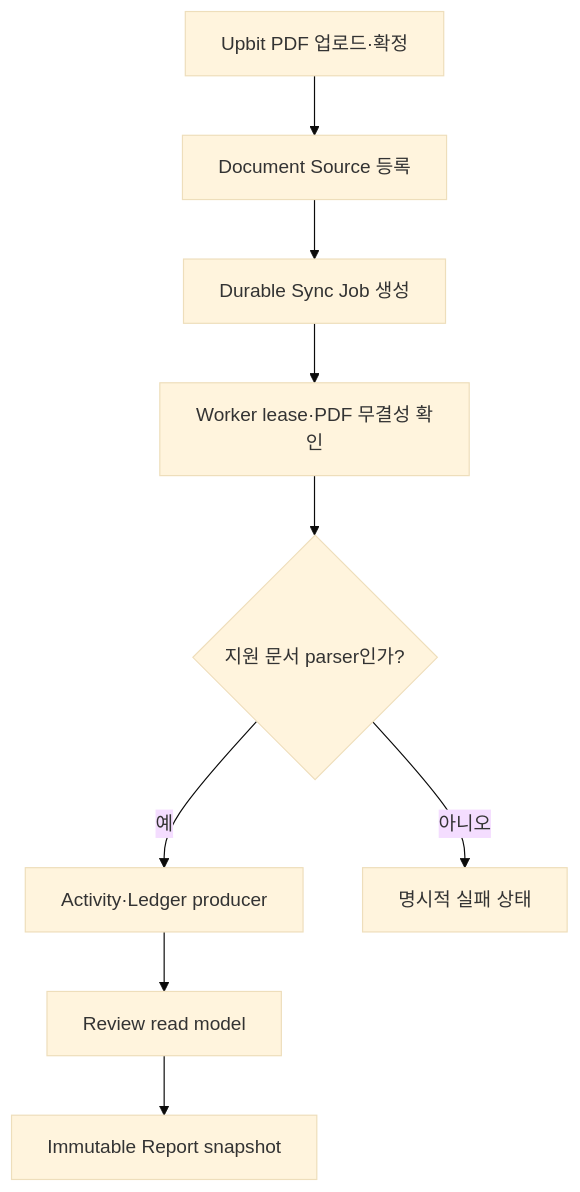
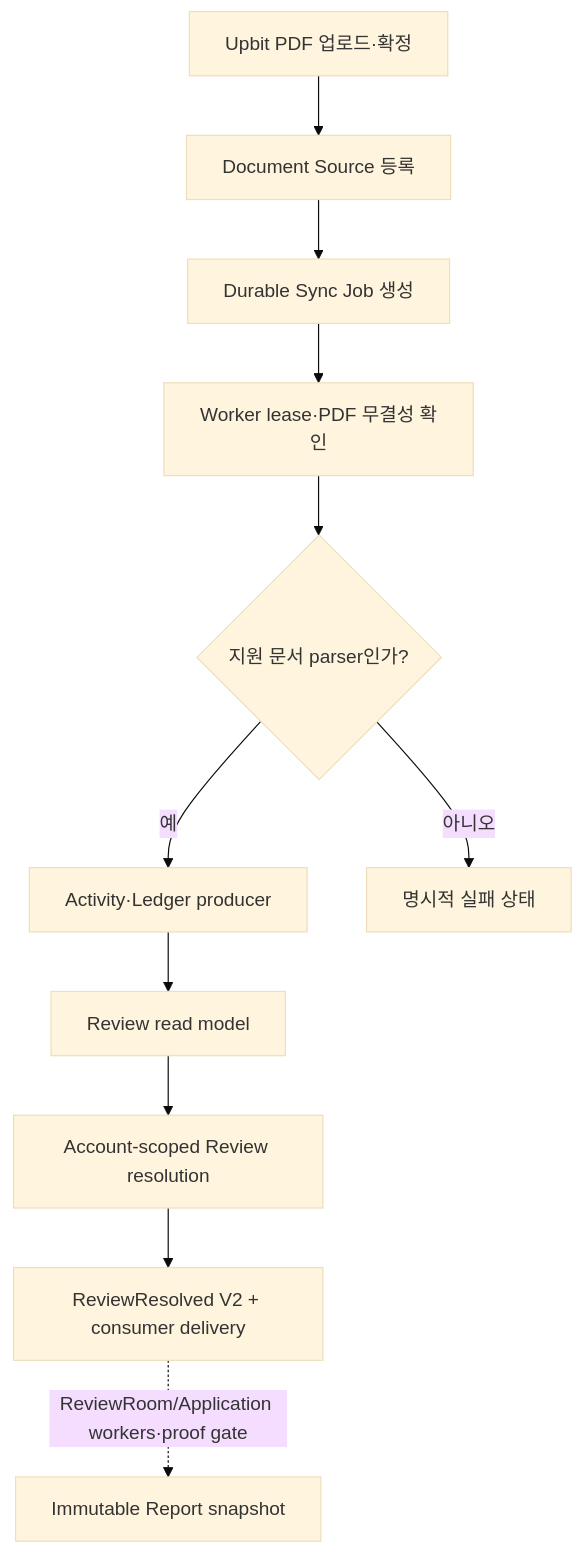
Before and after one commit to BackwardLabs/daejang: the diagram in docs/engine-integration-roadmap.md, drawn with Mermaid (base theme). The commit also changed other lines of this file and 30 other files, not shown here.

Commit message:
feat: add durable account-scoped review resolution

````diff
--- a/docs/engine-integration-roadmap.md
+++ b/docs/engine-integration-roadmap.md
@@ -27,11 +29,13 @@
 ```mermaid
 flowchart TD
   upload[Upbit PDF 업로드·확정] --> source[Document Source 등록]
   source --> sync[Durable Sync Job 생성]
   sync --> worker[Worker lease·PDF 무결성 확인]
   worker --> parse{지원 문서 parser인가?}
   parse -->|예| activity[Activity·Ledger producer]
   parse -->|아니오| fail[명시적 실패 상태]
   activity --> review[Review read model]
-  review --> report[Immutable Report snapshot]
+  review --> resolution[Account-scoped Review resolution]
+  resolution --> delivery[ReviewResolved V2 + consumer delivery]
+  delivery -. ReviewRoom/Application workers·proof gate .-> report[Immutable Report snapshot]
 ```
````
